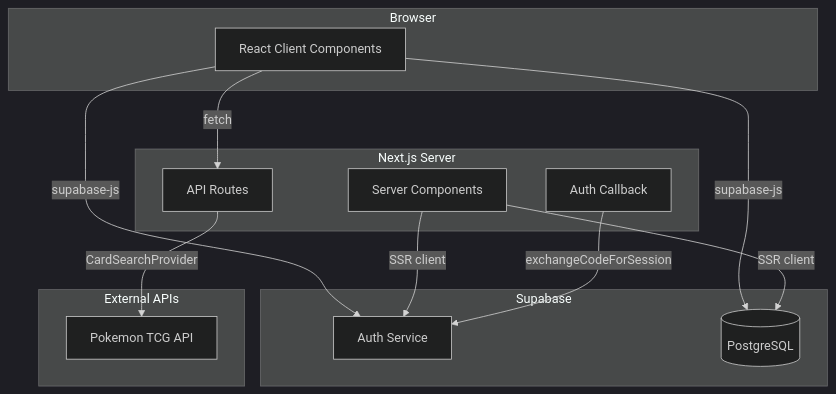
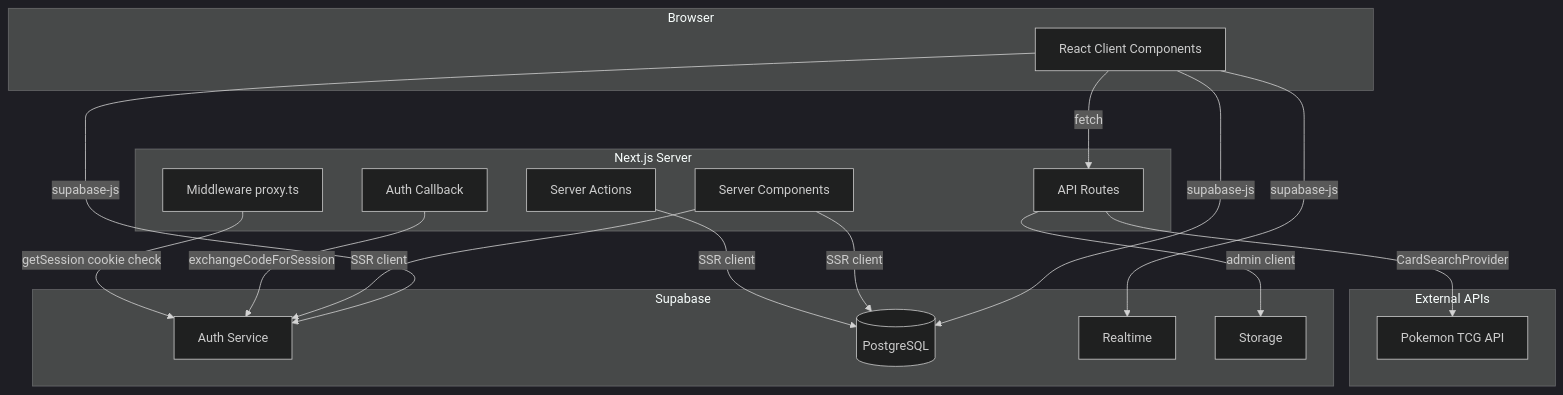
One commit to MIEtheDEV/Vaultset changed the first of 7 diagrams in docs/design.md. Above: the diagram before and after it, drawn with Mermaid (dark theme). The commit also changed other lines of this file and 64 other files, not shown here.

````diff
--- a/docs/design.md
+++ b/docs/design.md
@@ -13,29 +13,37 @@
 ```mermaid
 graph TD
     subgraph Browser
         RC[React Client Components]
     end
 
     subgraph NextJS[Next.js Server]
         SC[Server Components]
         AR[API Routes]
+        SA[Server Actions]
         CB[Auth Callback]
+        MW[Middleware proxy.ts]
     end
 
     subgraph SupabaseCloud[Supabase]
         AUTH[Auth Service]
         DB[(PostgreSQL)]
+        RT[Realtime]
+        ST[Storage]
     end
 
     subgraph External[External APIs]
         TCG[Pokemon TCG API]
     end
 
     RC -->|supabase-js| AUTH
     RC -->|supabase-js| DB
+    RC -->|supabase-js| RT
     RC -->|fetch| AR
     SC -->|SSR client| DB
     SC -->|SSR client| AUTH
+    SA -->|SSR client| DB
     AR -->|CardSearchProvider| TCG
+    AR -->|admin client| ST
     CB -->|exchangeCodeForSession| AUTH
+    MW -->|getSession cookie check| AUTH
 ```
````
